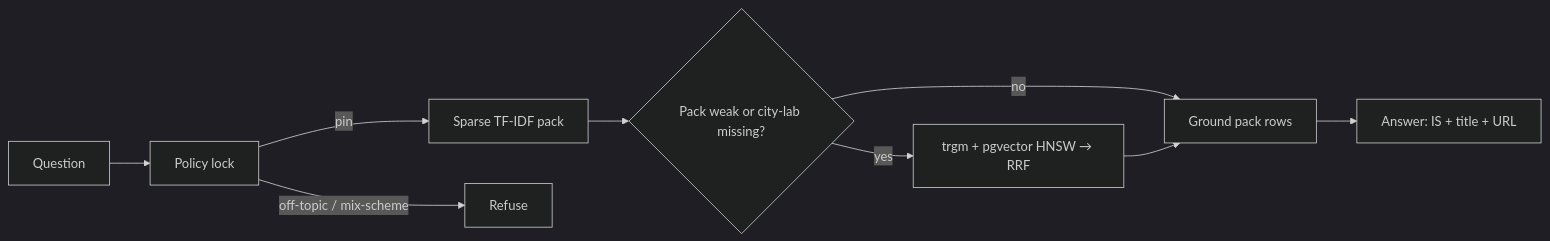
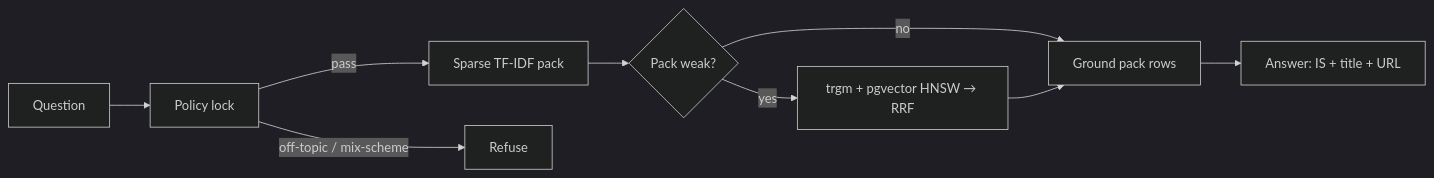
One commit to owais265/ManakMitra changed the diagram in README.md. Above: the diagram before and after it, drawn with Mermaid (dark theme). The commit also changed other lines of this file and 3 other files, not shown here.

````diff
--- a/README.md
+++ b/README.md
@@ -29,11 +29,11 @@
 ```mermaid
 flowchart LR
   Q[Question] --> P[Policy lock]
-  P -->|pin| S[Sparse TF-IDF pack]
+  P -->|pass| S[Sparse TF-IDF pack]
   P -->|off-topic / mix-scheme| R[Refuse]
-  S --> H{Pack weak or city-lab missing?}
+  S --> H{Pack weak?}
   H -->|no| G[Ground pack rows]
   H -->|yes| D[trgm + pgvector HNSW → RRF]
   D --> G
   G --> A[Answer: IS + title + URL]
 ```
````
